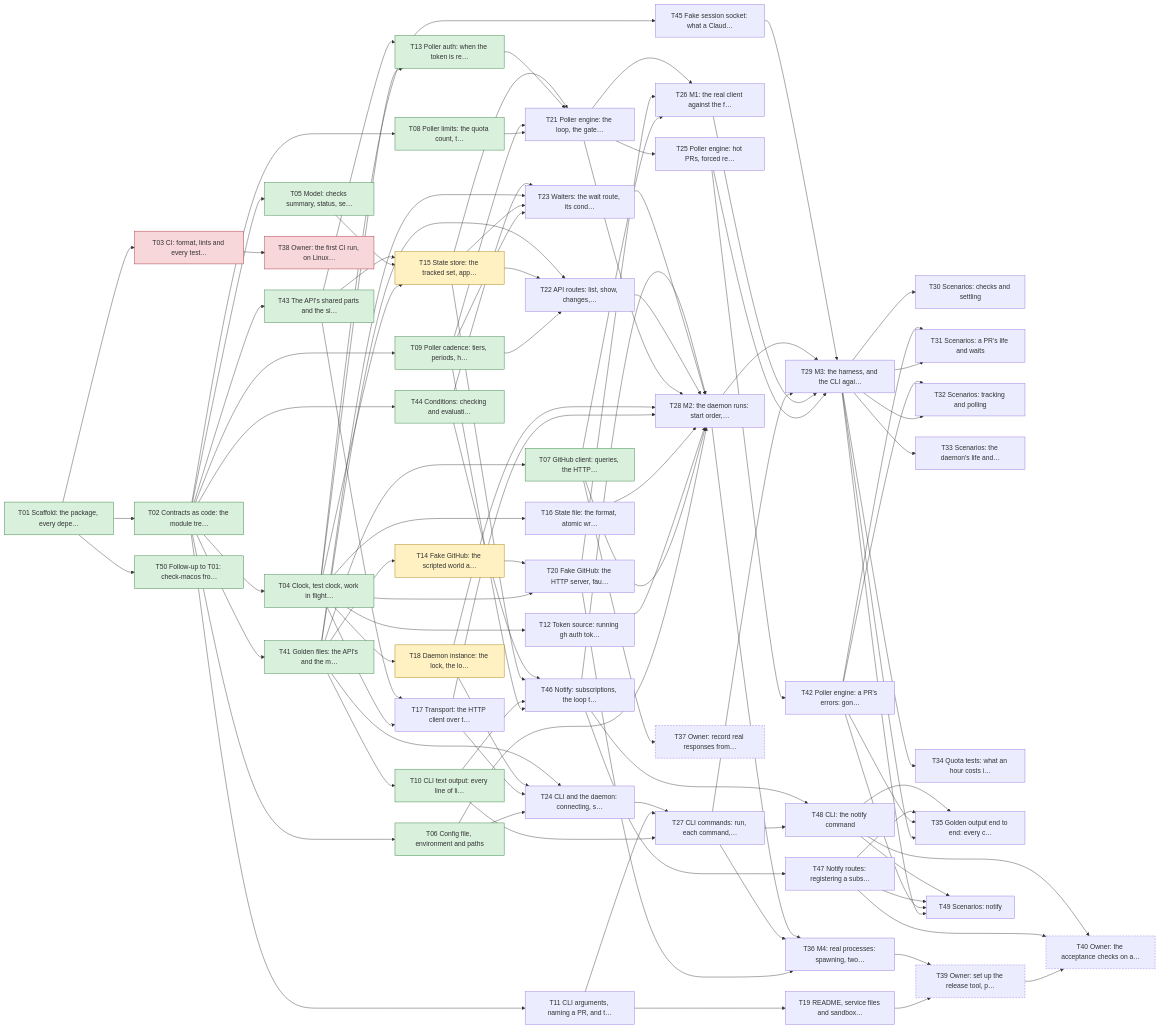
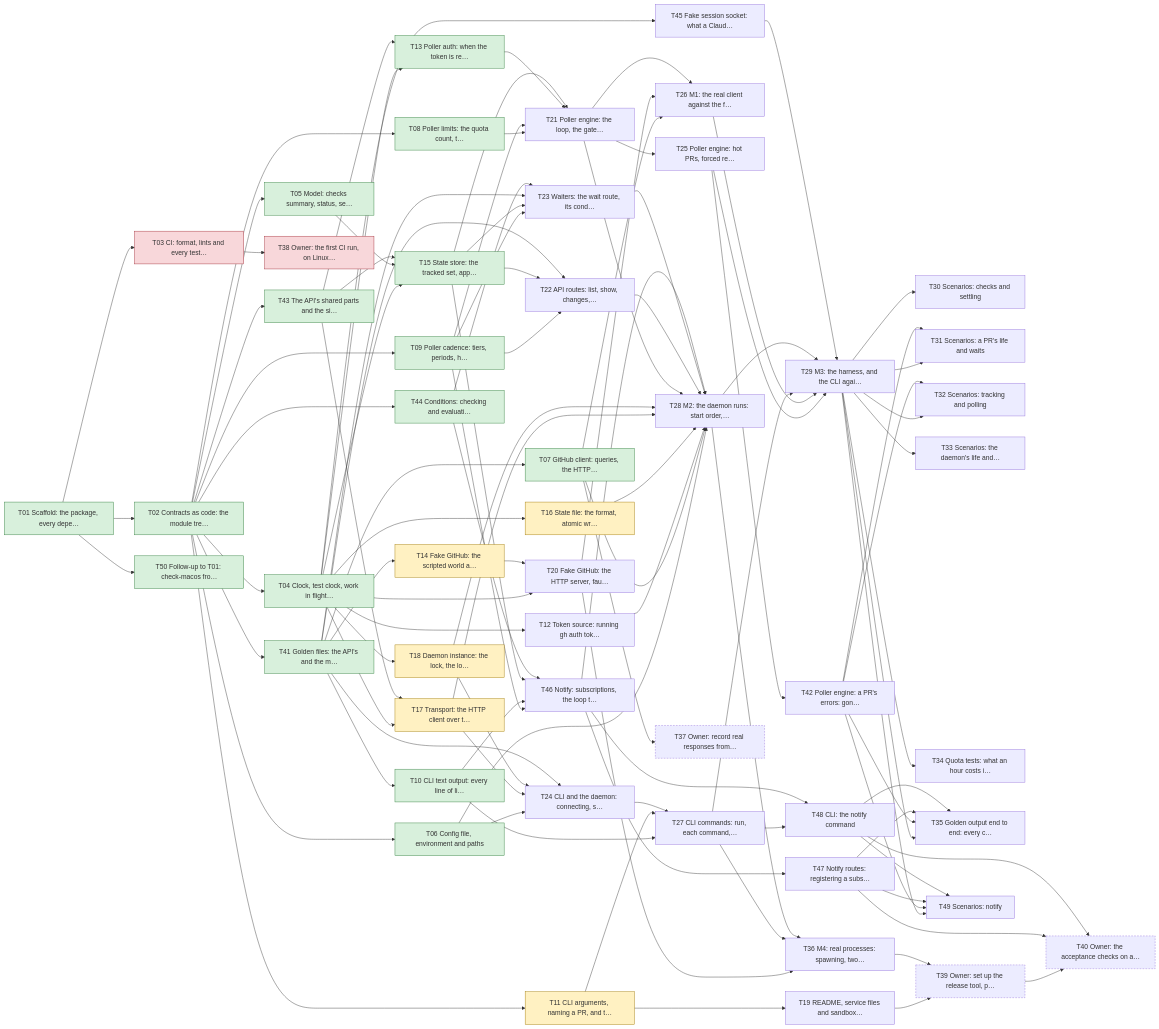
Before and after one commit to yachiko/circitor: the diagram in plan/README.md, drawn with Mermaid. The commit also changed other lines of this file and 6 other files, not shown here.

```diff
--- a/plan/README.md
+++ b/plan/README.md
@@ -147,13 +147,13 @@
   T08["T08 Poller limits: the quota count, t…"]:::done
   T09["T09 Poller cadence: tiers, periods, h…"]:::done
   T10["T10 CLI text output: every line of li…"]:::done
-  T11["T11 CLI arguments, naming a PR, and t…"]
+  T11["T11 CLI arguments, naming a PR, and t…"]:::active
   T12["T12 Token source: running gh auth tok…"]
   T13["T13 Poller auth: when the token is re…"]:::done
   T14["T14 Fake GitHub: the scripted world a…"]:::active
-  T15["T15 State store: the tracked set, app…"]:::active
-  T16["T16 State file: the format, atomic wr…"]
-  T17["T17 Transport: the HTTP client over t…"]
+  T15["T15 State store: the tracked set, app…"]:::done
+  T16["T16 State file: the format, atomic wr…"]:::active
+  T17["T17 Transport: the HTTP client over t…"]:::active
   T18["T18 Daemon instance: the lock, the lo…"]:::active
   T19["T19 README, service files and sandbox…"]
   T20["T20 Fake GitHub: the HTTP server, fau…"]
```
